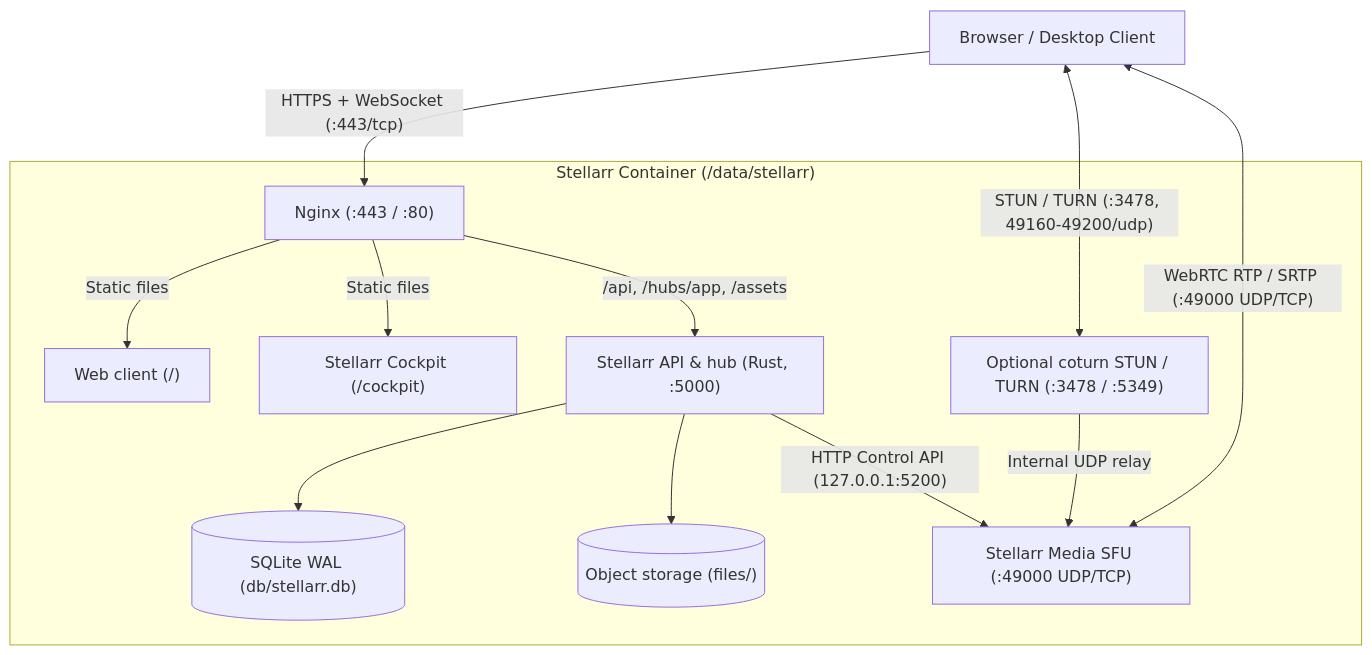
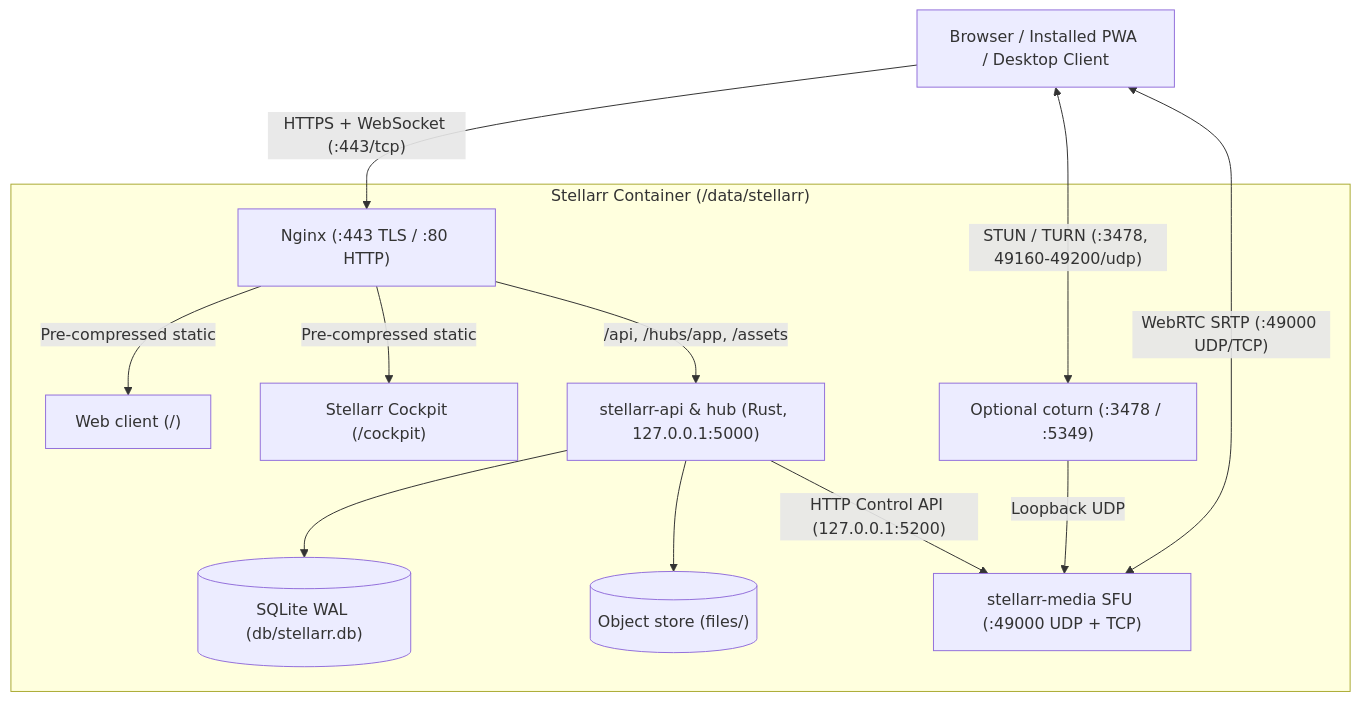
One commit to Arkazzae/Stellar changed the first of 2 diagrams in docs/architecture.md. Above: the diagram before and after it, drawn with Mermaid. The commit also changed other lines of this file and 17 other files, not shown here.

````diff
--- a/docs/architecture.md
+++ b/docs/architecture.md
@@ -9,27 +9,27 @@
 ```mermaid
 flowchart TD
-    Browser["Browser / Desktop Client"]
+    Browser["Browser / Installed PWA / Desktop Client"]
 
     subgraph Container["Stellarr Container (/data/stellarr)"]
-        Nginx["Nginx (:443 / :80)"]
+        Nginx["Nginx (:443 TLS / :80 HTTP)"]
         Web["Web client (/)"]
         Cockpit["Stellarr Cockpit (/cockpit)"]
-        Api["Stellarr API & hub (Rust, :5000)"]
+        Api["stellarr-api & hub (Rust, 127.0.0.1:5000)"]
         Sqlite[("SQLite WAL (db/stellarr.db)")]
-        Files[("Object storage (files/)")]
-        Coturn["Optional coturn STUN / TURN (:3478 / :5349)"]
-        Media["Stellarr Media SFU (:49000 UDP/TCP)"]
+        Files[("Object store (files/)")]
+        Coturn["Optional coturn (:3478 / :5349)"]
+        Media["stellarr-media SFU (:49000 UDP + TCP)"]
 
-        Nginx -->|"Static files"| Web
-        Nginx -->|"Static files"| Cockpit
+        Nginx -->|"Pre-compressed static"| Web
+        Nginx -->|"Pre-compressed static"| Cockpit
         Nginx -->|"/api, /hubs/app, /assets"| Api
         Api --> Sqlite
         Api --> Files
         Api -->|"HTTP Control API (127.0.0.1:5200)"| Media
-        Coturn -->|"Internal UDP relay"| Media
+        Coturn -->|"Loopback UDP"| Media
     end
 
     Browser -->|"HTTPS + WebSocket (:443/tcp)"| Nginx
     Browser <-->|"STUN / TURN (:3478, 49160-49200/udp)"| Coturn
-    Browser <-->|"WebRTC RTP / SRTP (:49000 UDP/TCP)"| Media
+    Browser <-->|"WebRTC SRTP (:49000 UDP/TCP)"| Media
 ```
````
